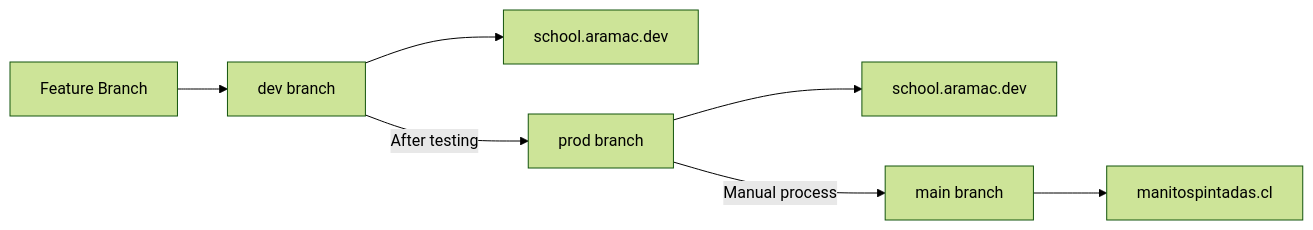
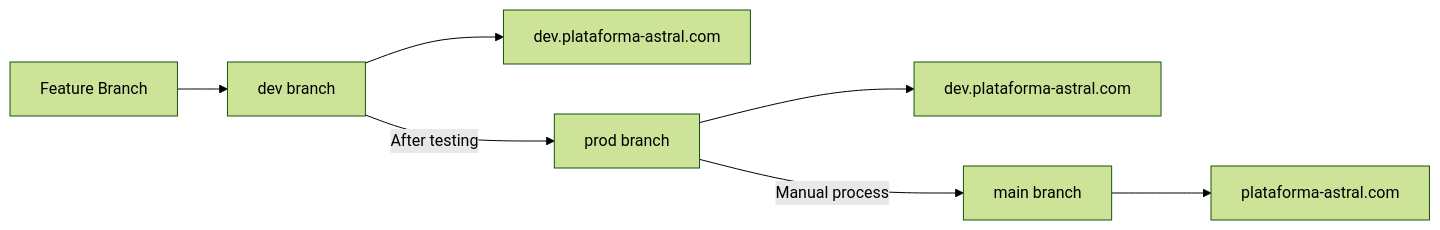
One commit to hinoki-ai/plataforma-DEV changed the second of 2 diagrams in DEPLOYMENT.md. Above: the diagram before and after it, drawn with Mermaid (forest theme). The commit also changed other lines of this file and 117 other files, not shown here.

````diff
--- a/DEPLOYMENT.md
+++ b/DEPLOYMENT.md
@@ -194,9 +194,9 @@
 ```mermaid
 graph LR
     A[Feature Branch] --> B[dev branch]
-    B --> C[school.aramac.dev]
+    B --> C[dev.plataforma-astral.com]
     B --> |After testing| D[prod branch]
-    D --> E[school.aramac.dev]
+    D --> E[dev.plataforma-astral.com]
     D --> |Manual process| F[main branch]
-    F --> G[manitospintadas.cl]
+    F --> G[plataforma-astral.com]
 ```
````
